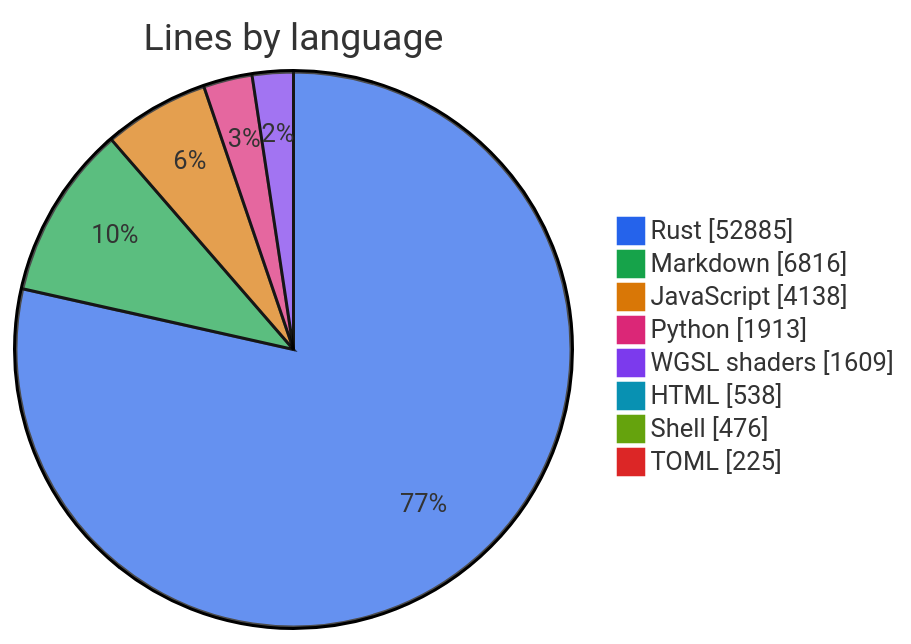
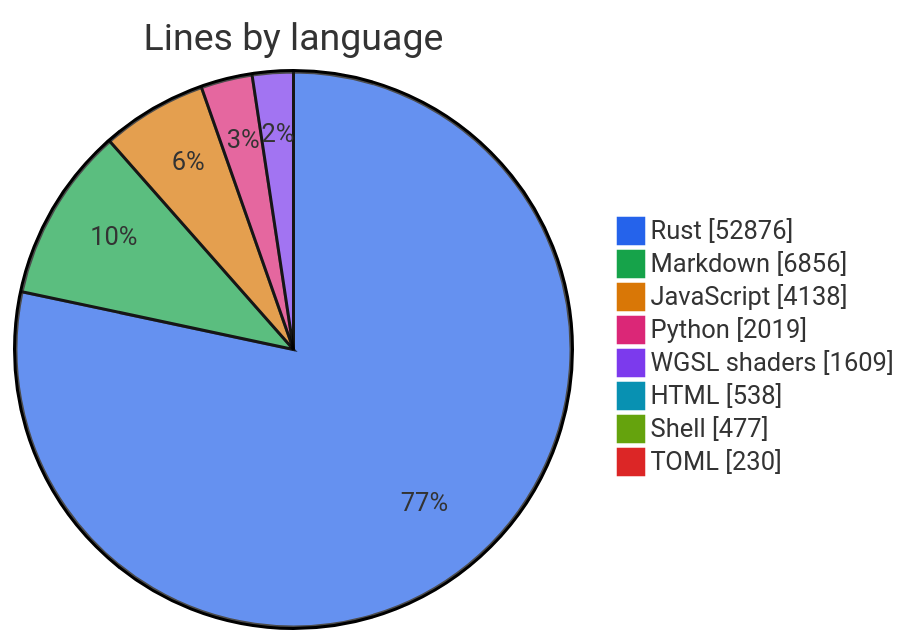
One commit to thomascherickal/ferrum-gpu changed the first of 2 diagrams in metrics.md. Above: the diagram before and after it, drawn with Mermaid. The commit also changed other lines of this file and 9 other files, not shown here.

````diff
--- a/metrics.md
+++ b/metrics.md
@@ -22,12 +22,12 @@
 ```mermaid
 %%{init: {"theme": "base", "themeVariables": {"pie1": "#2563eb", "pie2": "#16a34a", "pie3": "#d97706", "pie4": "#db2777", "pie5": "#7c3aed", "pie6": "#0891b2", "pie7": "#65a30d", "pie8": "#dc2626"}}}%%
 pie showData title Lines by language
-    "Rust" : 52885
-    "Markdown" : 6816
+    "Rust" : 52876
+    "Markdown" : 6856
     "JavaScript" : 4138
-    "Python" : 1913
+    "Python" : 2019
     "WGSL shaders" : 1609
     "HTML" : 538
-    "Shell" : 476
-    "TOML" : 225
+    "Shell" : 477
+    "TOML" : 230
 ```
````
